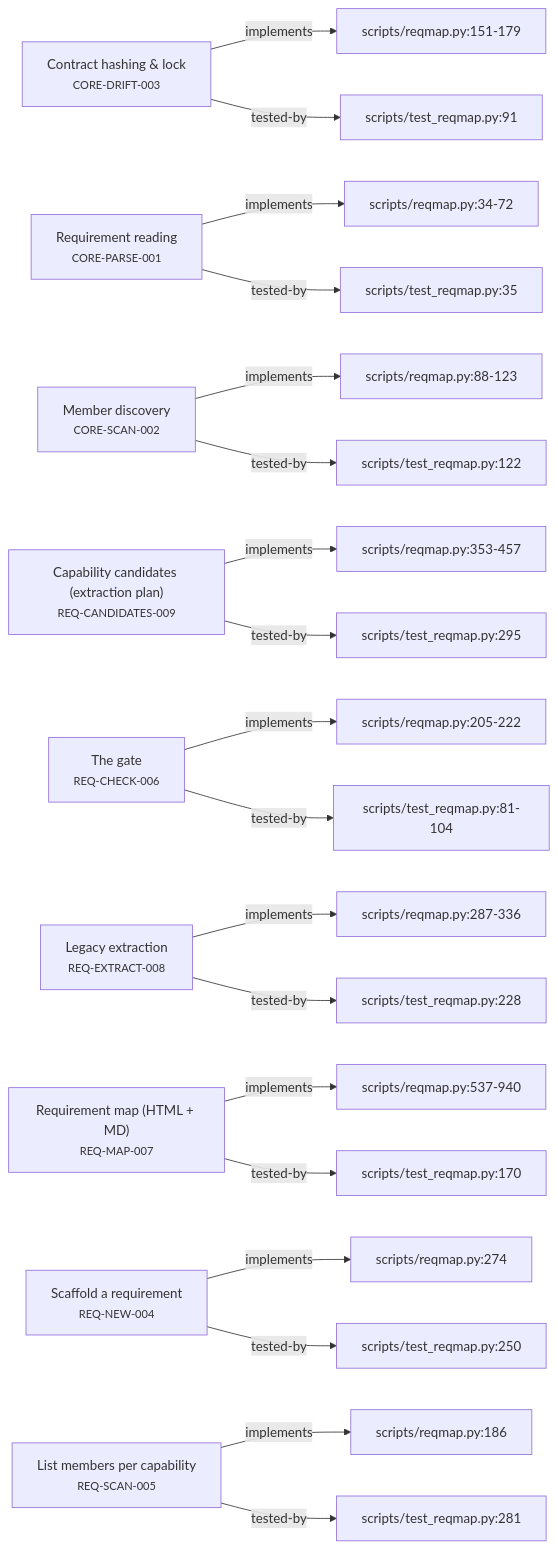
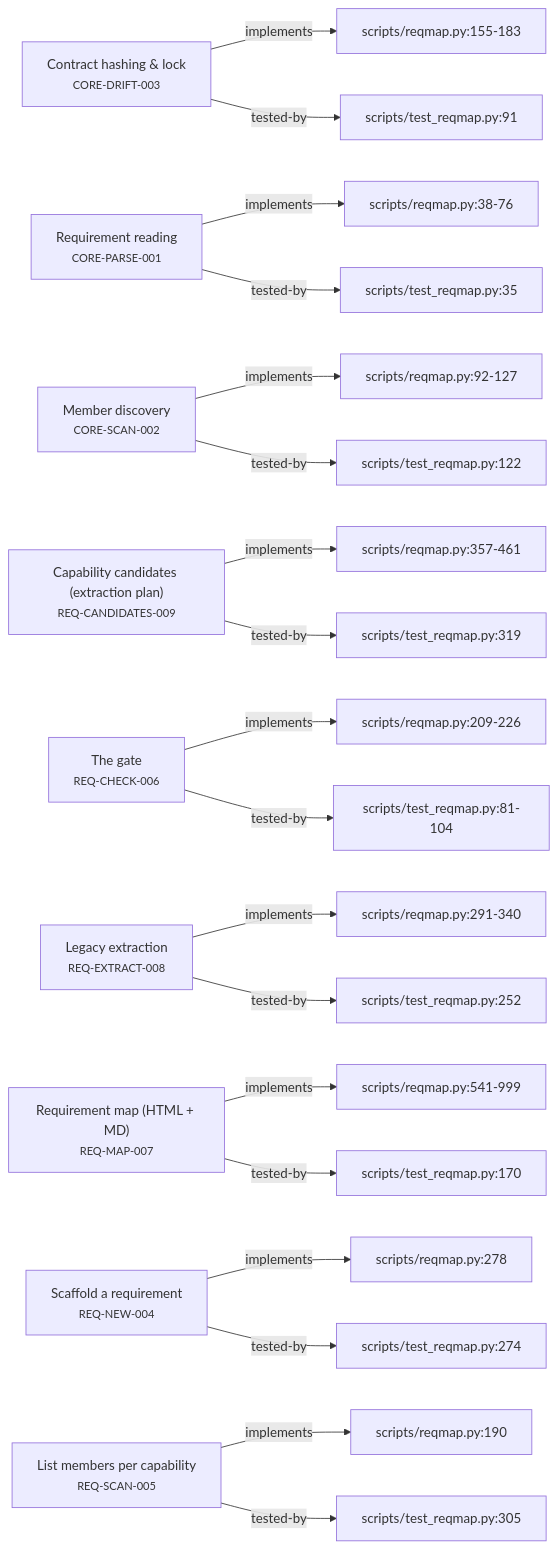
The second of 5 diagrams in plugin/requirements/_map.md (alxmax/Requirement-manager), drawn with Mermaid before and after one commit. The commit also changed other lines of this file and 6 other files, not shown here.

````diff
--- a/plugin/requirements/_map.md
+++ b/plugin/requirements/_map.md
@@ -43,48 +37,48 @@
 ```mermaid
 graph LR
   CORE_DRIFT_003["Contract hashing & lock<br><small>CORE-DRIFT-003</small>"]
-  f_scripts_reqmap_py_151_179["scripts/reqmap.py:151-179"]
-  CORE_DRIFT_003 -->|implements| f_scripts_reqmap_py_151_179
+  f_scripts_reqmap_py_155_183["scripts/reqmap.py:155-183"]
+  CORE_DRIFT_003 -->|implements| f_scripts_reqmap_py_155_183
   f_scripts_test_reqmap_py_91["scripts/test_reqmap.py:91"]
   CORE_DRIFT_003 -->|tested-by| f_scripts_test_reqmap_py_91
   CORE_PARSE_001["Requirement reading<br><small>CORE-PARSE-001</small>"]
-  f_scripts_reqmap_py_34_72["scripts/reqmap.py:34-72"]
-  CORE_PARSE_001 -->|implements| f_scripts_reqmap_py_34_72
+  f_scripts_reqmap_py_38_76["scripts/reqmap.py:38-76"]
+  CORE_PARSE_001 -->|implements| f_scripts_reqmap_py_38_76
   f_scripts_test_reqmap_py_35["scripts/test_reqmap.py:35"]
   CORE_PARSE_001 -->|tested-by| f_scripts_test_reqmap_py_35
   CORE_SCAN_002["Member discovery<br><small>CORE-SCAN-002</small>"]
-  f_scripts_reqmap_py_88_123["scripts/reqmap.py:88-123"]
-  CORE_SCAN_002 -->|implements| f_scripts_reqmap_py_88_123
+  f_scripts_reqmap_py_92_127["scripts/reqmap.py:92-127"]
+  CORE_SCAN_002 -->|implements| f_scripts_reqmap_py_92_127
   f_scripts_test_reqmap_py_122["scripts/test_reqmap.py:122"]
   CORE_SCAN_002 -->|tested-by| f_scripts_test_reqmap_py_122
   REQ_CANDIDATES_009["Capability candidates (extraction plan)<br><small>REQ-CANDIDATES-009</small>"]
-  f_scripts_reqmap_py_353_457["scripts/reqmap.py:353-457"]
-  REQ_CANDIDATES_009 -->|implements| f_scripts_reqmap_py_353_457
-  f_scripts_test_reqmap_py_295["scripts/test_reqmap.py:295"]
-  REQ_CANDIDATES_009 -->|tested-by| f_scripts_test_reqmap_py_295
+  f_scripts_reqmap_py_357_461["scripts/reqmap.py:357-461"]
+  REQ_CANDIDATES_009 -->|implements| f_scripts_reqmap_py_357_461
+  f_scripts_test_reqmap_py_319["scripts/test_reqmap.py:319"]
+  REQ_CANDIDATES_009 -->|tested-by| f_scripts_test_reqmap_py_319
   REQ_CHECK_006["The gate<br><small>REQ-CHECK-006</small>"]
-  f_scripts_reqmap_py_205_222["scripts/reqmap.py:205-222"]
-  REQ_CHECK_006 -->|implements| f_scripts_reqmap_py_205_222
+  f_scripts_reqmap_py_209_226["scripts/reqmap.py:209-226"]
+  REQ_CHECK_006 -->|implements| f_scripts_reqmap_py_209_226
   f_scripts_test_reqmap_py_81_104["scripts/test_reqmap.py:81-104"]
   REQ_CHECK_006 -->|tested-by| f_scripts_test_reqmap_py_81_104
   REQ_EXTRACT_008["Legacy extraction<br><small>REQ-EXTRACT-008</small>"]
-  f_scripts_reqmap_py_287_336["scripts/reqmap.py:287-336"]
-  REQ_EXTRACT_008 -->|implements| f_scripts_reqmap_py_287_336
-  f_scripts_test_reqmap_py_228["scripts/test_reqmap.py:228"]
-  REQ_EXTRACT_008 -->|tested-by| f_scripts_test_reqmap_py_228
+  f_scripts_reqmap_py_291_340["scripts/reqmap.py:291-340"]
+  REQ_EXTRACT_008 -->|implements| f_scripts_reqmap_py_291_340
+  f_scripts_test_reqmap_py_252["scripts/test_reqmap.py:252"]
+  REQ_EXTRACT_008 -->|tested-by| f_scripts_test_reqmap_py_252
   REQ_MAP_007["Requirement map (HTML + MD)<br><small>REQ-MAP-007</small>"]
-  f_scripts_reqmap_py_537_940["scripts/reqmap.py:537-940"]
-  REQ_MAP_007 -->|implements| f_scripts_reqmap_py_537_940
+  f_scripts_reqmap_py_541_999["scripts/reqmap.py:541-999"]
+  REQ_MAP_007 -->|implements| f_scripts_reqmap_py_541_999
   f_scripts_test_reqmap_py_170["scripts/test_reqmap.py:170"]
   REQ_MAP_007 -->|tested-by| f_scripts_test_reqmap_py_170
   REQ_NEW_004["Scaffold a requirement<br><small>REQ-NEW-004</small>"]
-  f_scripts_reqmap_py_274["scripts/reqmap.py:274"]
-  REQ_NEW_004 -->|implements| f_scripts_reqmap_py_274
-  f_scripts_test_reqmap_py_250["scripts/test_reqmap.py:250"]
-  REQ_NEW_004 -->|tested-by| f_scripts_test_reqmap_py_250
+  f_scripts_reqmap_py_278["scripts/reqmap.py:278"]
+  REQ_NEW_004 -->|implements| f_scripts_reqmap_py_278
+  f_scripts_test_reqmap_py_274["scripts/test_reqmap.py:274"]
+  REQ_NEW_004 -->|tested-by| f_scripts_test_reqmap_py_274
   REQ_SCAN_005["List members per capability<br><small>REQ-SCAN-005</small>"]
-  f_scripts_reqmap_py_186["scripts/reqmap.py:186"]
-  REQ_SCAN_005 -->|implements| f_scripts_reqmap_py_186
-  f_scripts_test_reqmap_py_281["scripts/test_reqmap.py:281"]
-  REQ_SCAN_005 -->|tested-by| f_scripts_test_reqmap_py_281
+  f_scripts_reqmap_py_190["scripts/reqmap.py:190"]
+  REQ_SCAN_005 -->|implements| f_scripts_reqmap_py_190
+  f_scripts_test_reqmap_py_305["scripts/test_reqmap.py:305"]
+  REQ_SCAN_005 -->|tested-by| f_scripts_test_reqmap_py_305
 ```
````
